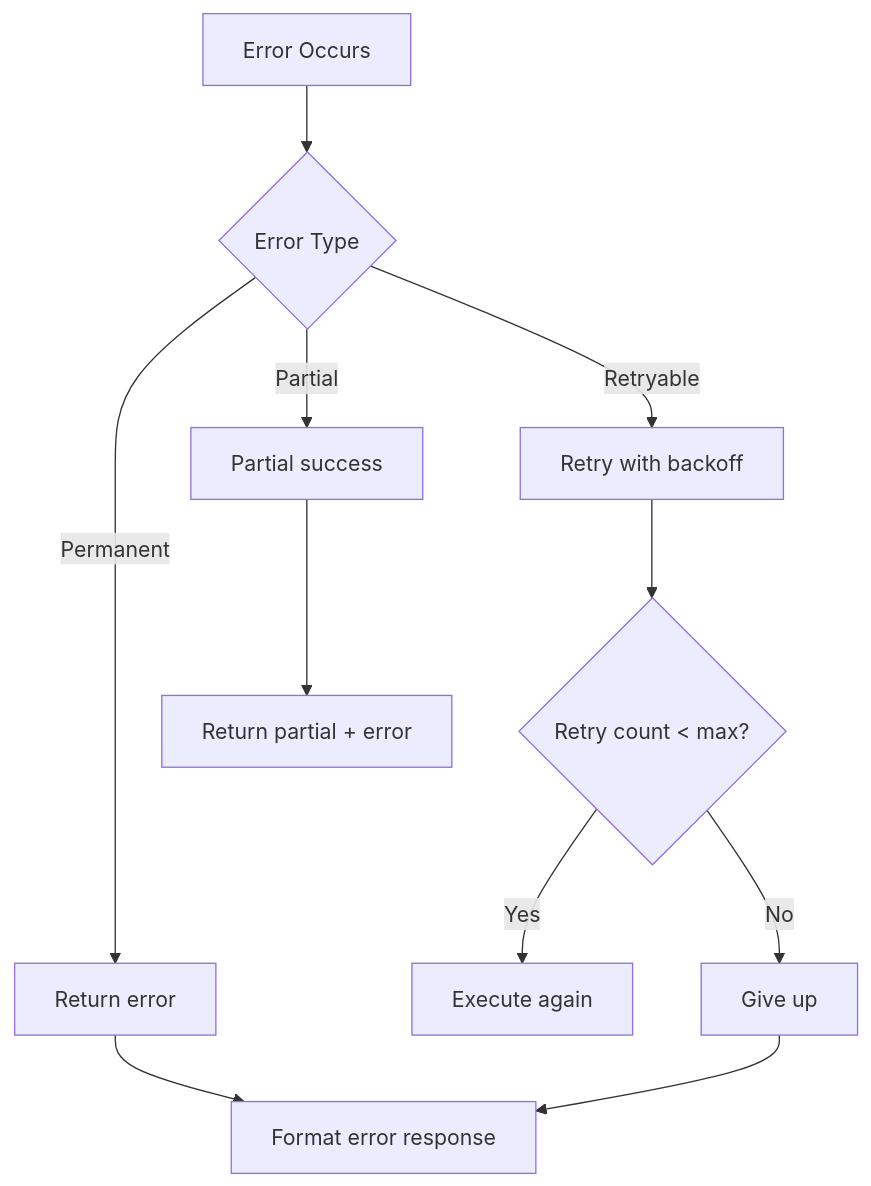
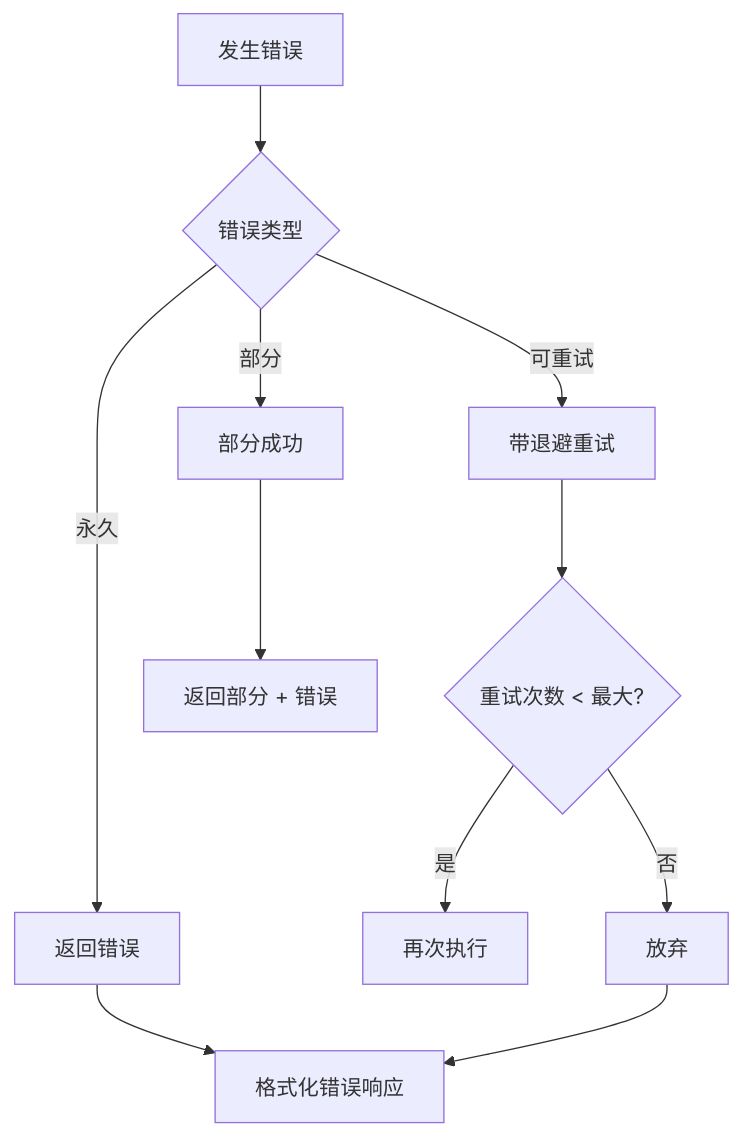
One commit to a576378368/openclaw_docs changed the sixth of 6 diagrams in docs/zh/architecture-book/part-4-gateway-protocol/03-message-flow.md. Above: the diagram before and after it, drawn with Mermaid. The commit also changed other lines of this file and 4 other files, not shown here.

````diff
--- a/docs/zh/architecture-book/part-4-gateway-protocol/03-message-flow.md
+++ b/docs/zh/architecture-book/part-4-gateway-protocol/03-message-flow.md
@@ -346,15 +346,15 @@
 ```mermaid
 flowchart TB
-    A[Error Occurs] --> B{Error Type}
-    B -->|Retryable| C[Retry with backoff]
-    B -->|Permanent| D[Return error]
-    B -->|Partial| E[Partial success]
+    A[发生错误] --> B{错误类型}
+    B -->|可重试| C[带退避重试]
+    B -->|永久| D[返回错误]
+    B -->|部分| E[部分成功]
 
-    C --> F{Retry count < max?}
-    F -->|Yes| G[Execute again]
-    F -->|No| H[Give up]
+    C --> F{重试次数 < 最大?}
+    F -->|是| G[再次执行]
+    F -->|否| H[放弃]
 
-    D --> I[Format error response]
-    E --> J[Return partial + error]
+    D --> I[格式化错误响应]
+    E --> J[返回部分 + 错误]
     H --> I
 ```
````
